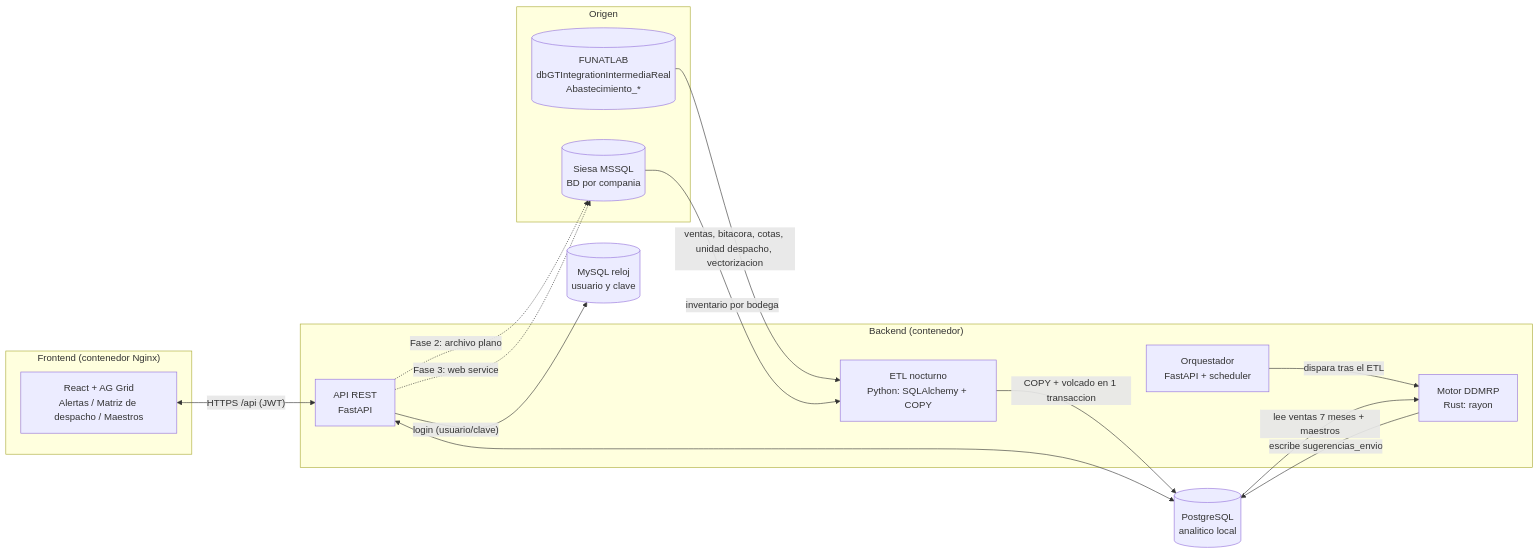
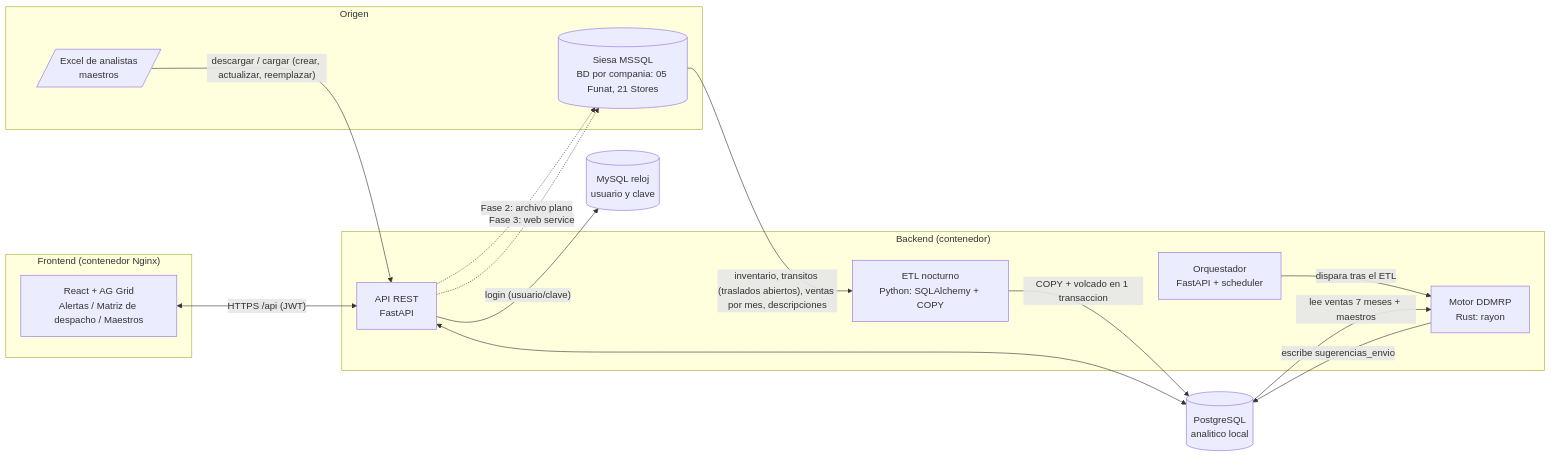
Before and after one commit to LHERNANDEZS198/DDMRP: the diagram in docs/ARQUITECTURA.md, drawn with Mermaid. The commit also changed other lines of this file and 21 other files, not shown here.

First line of the commit message:
Sin FUNATLAB: maestros por Excel, reglas de pedido configurables, DIA por tienda y transitos

````diff
--- a/docs/ARQUITECTURA.md
+++ b/docs/ARQUITECTURA.md
@@ -7,29 +7,29 @@
 ```mermaid
 flowchart LR
   subgraph Origen
-    LAB[(FUNATLAB\ndbGTIntegrationIntermediaReal\nAbastecimiento_*)]
-    SIESA[(Siesa MSSQL\nBD por compania)]
+    SIESA[(Siesa MSSQL\nBD por compania: 05 Funat, 21 Stores)]
+    XLS[/Excel de analistas\nmaestros/]
   end
   subgraph Backend["Backend (contenedor)"]
     ETL["ETL nocturno\nPython: SQLAlchemy + COPY"]
     ORQ["Orquestador\nFastAPI + scheduler"]
     CORE["Motor DDMRP\nRust: rayon"]
     API["API REST\nFastAPI"]
   end
   PG[(PostgreSQL\nanalitico local)]
   MY[(MySQL reloj\nusuario y clave)]
   subgraph Web["Frontend (contenedor Nginx)"]
     UI["React + AG Grid\nAlertas / Matriz de despacho / Maestros"]
   end
-  LAB -- "ventas, bitacora, cotas, unidad despacho, vectorizacion" --> ETL
-  SIESA -- "inventario por bodega" --> ETL
+  SIESA -- "inventario, transitos (traslados abiertos), ventas por mes, descripciones" --> ETL
+  XLS -- "descargar / cargar (crear, actualizar, reemplazar)" --> API
   ETL -- "COPY + volcado en 1 transaccion" --> PG
   ORQ -- "dispara tras el ETL" --> CORE
   PG -- "lee ventas 7 meses + maestros" --> CORE
   CORE -- "escribe sugerencias_envio" --> PG
   UI <-- "HTTPS /api (JWT)" --> API
   API <--> PG
   API -- "login (usuario/clave)" --> MY
   API -. "Fase 2: archivo plano" .-> SIESA
   API -. "Fase 3: web service" .-> SIESA
 ```
````
